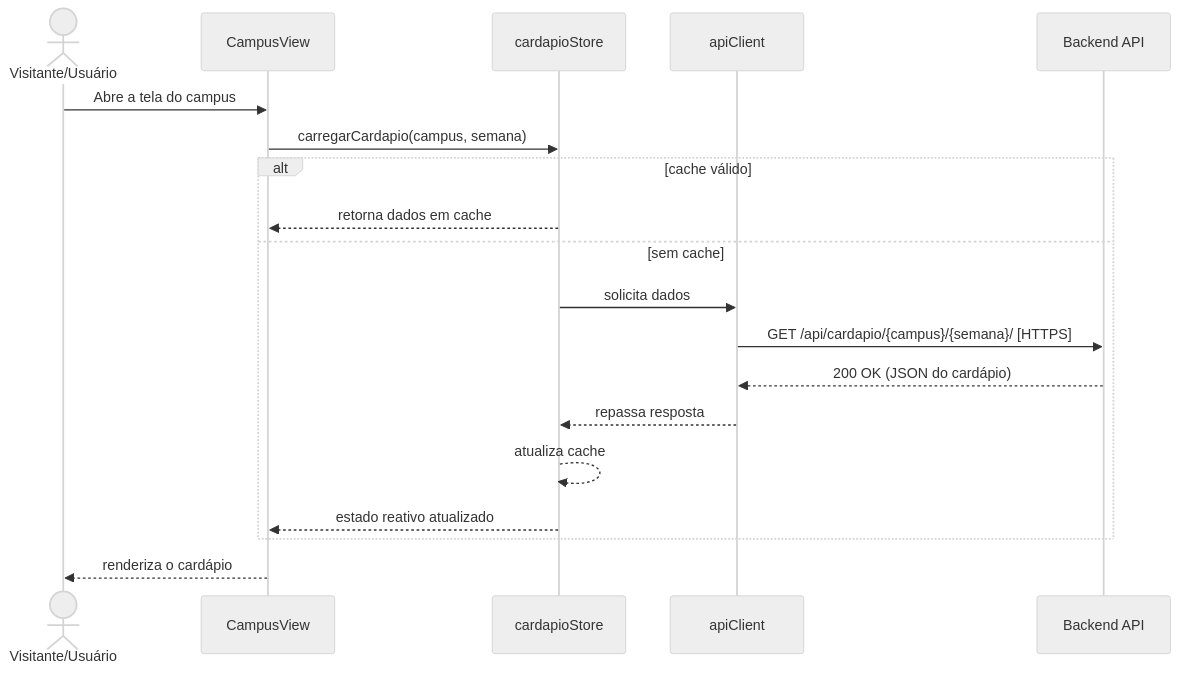
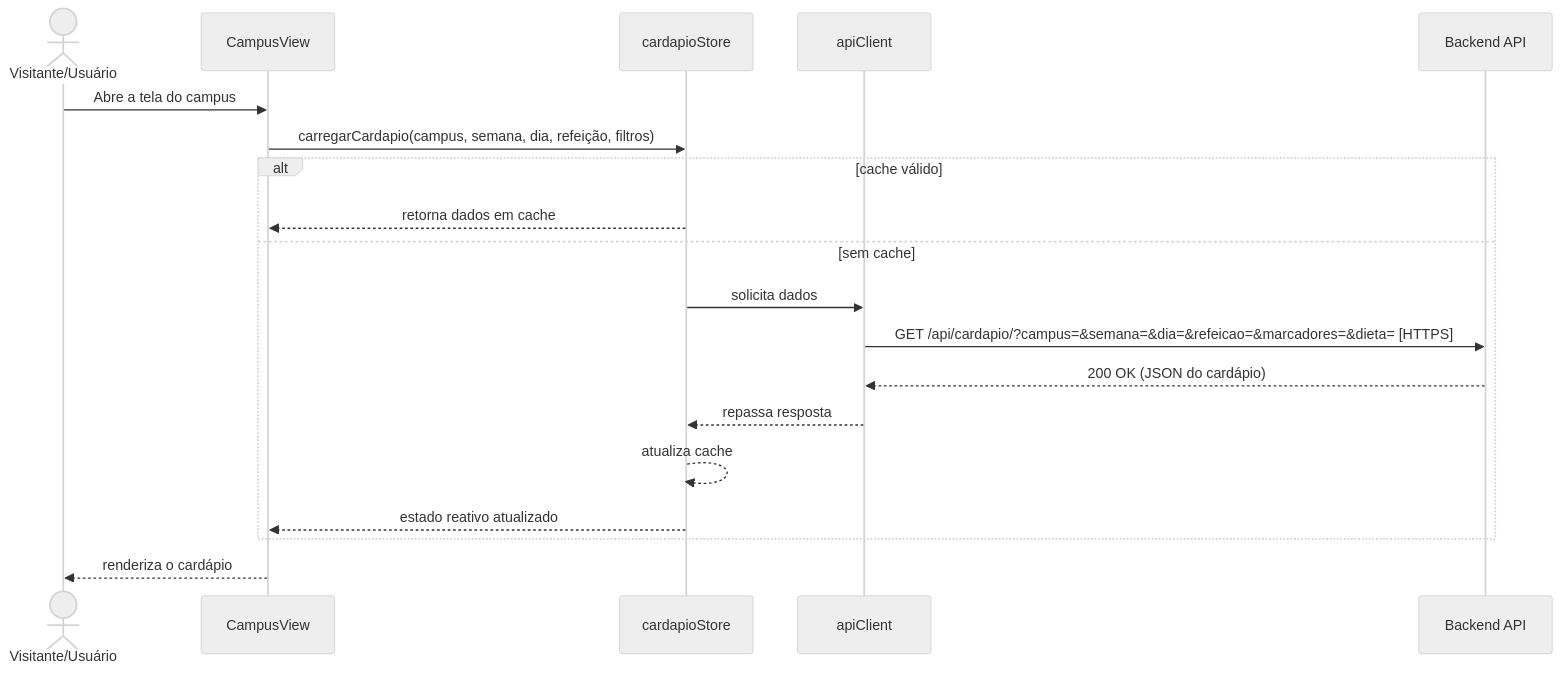
Before and after one commit to unb-mds/2026-2-Bandejao-UnB: the fifth of 11 diagrams in docs/arquitetura/front-end/c4-niveis-3-4-frontend-bandejao.md, drawn with Mermaid (neutral theme). The commit also changed other lines of this file, not shown here.

Commit message:
docs(arquitetura):alinha a rota do cardapio no C4 do frontend com o nivel 4 do backend

````diff
--- a/docs/arquitetura/front-end/c4-niveis-3-4-frontend-bandejao.md
+++ b/docs/arquitetura/front-end/c4-niveis-3-4-frontend-bandejao.md
@@ -622,22 +622,22 @@
 ```mermaid
 sequenceDiagram
   actor V as Visitante/Usuário
   participant CV as CampusView
   participant CS as cardapioStore
   participant AC as apiClient
   participant BE as Backend API
 
   V->>CV: Abre a tela do campus
-  CV->>CS: carregarCardapio(campus, semana)
+  CV->>CS: carregarCardapio(campus, semana, dia, refeição, filtros)
   alt cache válido
     CS-->>CV: retorna dados em cache
   else sem cache
     CS->>AC: solicita dados
-    AC->>BE: GET /api/cardapio/{campus}/{semana}/ [HTTPS]
+    AC->>BE: GET /api/cardapio/?campus=&semana=&dia=&refeicao=&marcadores=&dieta= [HTTPS]
     BE-->>AC: 200 OK (JSON do cardápio)
     AC-->>CS: repassa resposta
     CS-->>CS: atualiza cache
     CS-->>CV: estado reativo atualizado
   end
   CV-->>V: renderiza o cardápio
 ```
````
